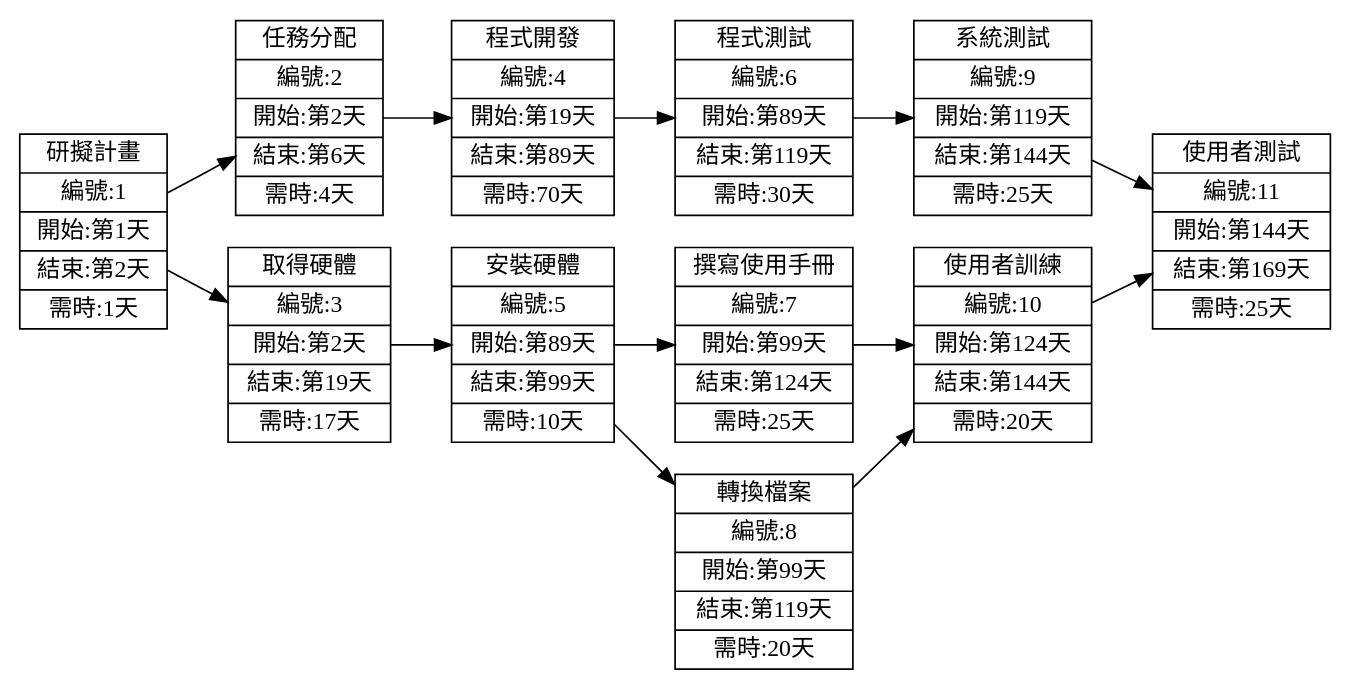
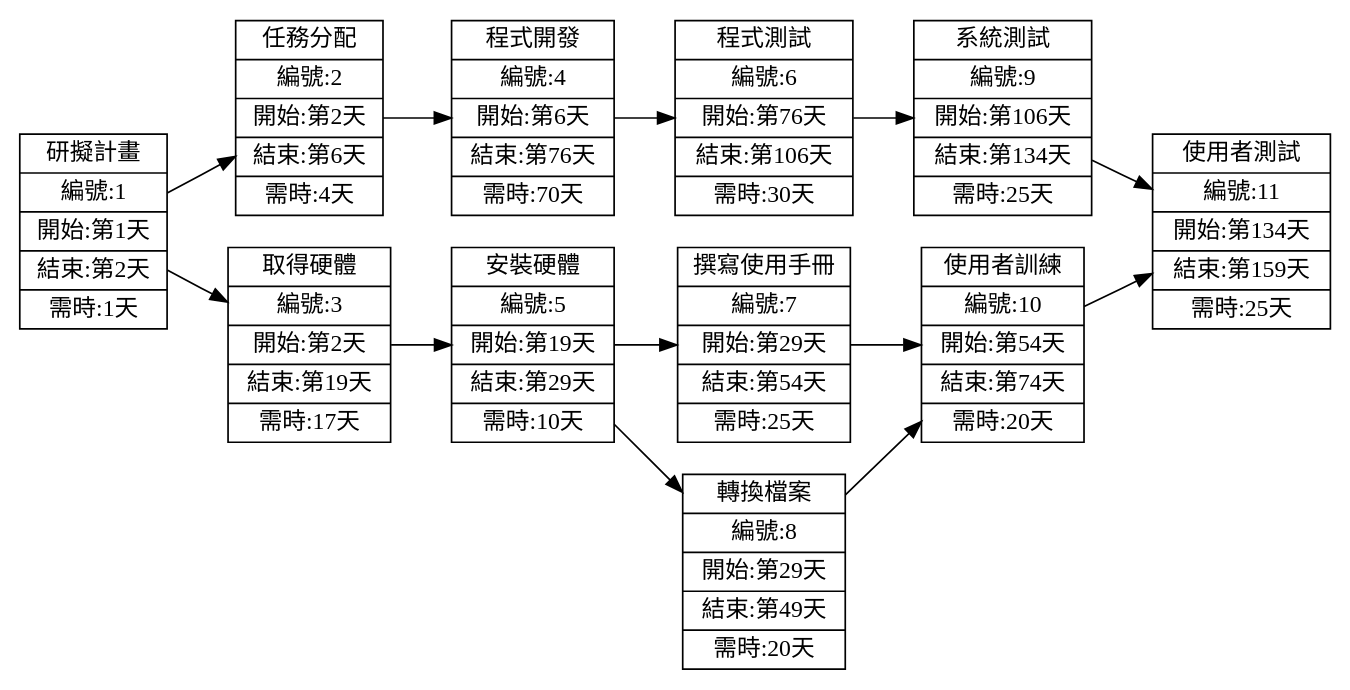
The second of 2 diagrams in hw2.md (C109118214/2022-3b), drawn with Graphviz before and after one commit. The commit also changed other lines of this file, not shown here.

````diff
--- a/hw2.md
+++ b/hw2.md
@@ -16,31 +16,31 @@
 ```graphviz
 digraph {
 	node[shape=record];
 	rankdir="LR";
     no1 [label = "研擬計畫 | 編號:1 | 開始:第1天 | 結束:第2天 | 需時:1天"]
     no2 [label = "任務分配 | 編號:2 | 開始:第2天 | 結束:第6天 | 需時:4天"]
     no3 [label = "取得硬體 | 編號:3 | 開始:第2天 | 結束:第19天 | 需時:17天"]
-    no4 [label = "程式開發 | 編號:4 | 開始:第19天 | 結束:第89天 | 需時:70天"]
+    no4 [label = "程式開發 | 編號:4 | 開始:第6天 | 結束:第76天 | 需時:70天"]
     {rank=same;no3 no2}
-    no5 [label = "安裝硬體 | 編號:5 | 開始:第89天 | 結束:第99天 | 需時:10天"]
-    no6 [label = "程式測試 | 編號:6 | 開始:第89天 | 結束:第119天 | 需時:30天"]
-    no7 [label = "撰寫使用手冊 | 編號:7 | 開始:第99天 | 結束:第124天 | 需時:25天"]
-    no8 [label = "轉換檔案 | 編號:8 | 開始:第99天 | 結束:第119天 | 需時:20天"]
-    no9 [label = "系統測試 | 編號:9 | 開始:第119天 | 結束:第144天 | 需時:25天"]
-    no10 [label = "使用者訓練 | 編號:10 | 開始:第124天 | 結束:第144天 | 需時:20天"]
-    no11 [label = "使用者測試 | 編號:11 | 開始:第144天 | 結束:第169天 | 需時:25天"]
+    no5 [label = "安裝硬體 | 編號:5 | 開始:第19天 | 結束:第29天 | 需時:10天"]
+    no6 [label = "程式測試 | 編號:6 | 開始:第76天 | 結束:第106天 | 需時:30天"]
+    no7 [label = "撰寫使用手冊 | 編號:7 | 開始:第29天 | 結束:第54天 | 需時:25天"]
+    no8 [label = "轉換檔案 | 編號:8 | 開始:第29天 | 結束:第49天 | 需時:20天"]
+    no9 [label = "系統測試 | 編號:9 | 開始:第106天 | 結束:第134天 | 需時:25天"]
+    no10 [label = "使用者訓練 | 編號:10 | 開始:第54天 | 結束:第74天 | 需時:20天"]
+    no11 [label = "使用者測試 | 編號:11 | 開始:第134天 | 結束:第159天 | 需時:25天"]
     no1->no2
     no1->no3
     no2->no4
     no3->no5
     no4->no6
     no5->no7
     no5->no8
     no6->no9
     no7->no10
     no8->no10
     no9->no11
     no10->no11
     
 }
 ```
````
